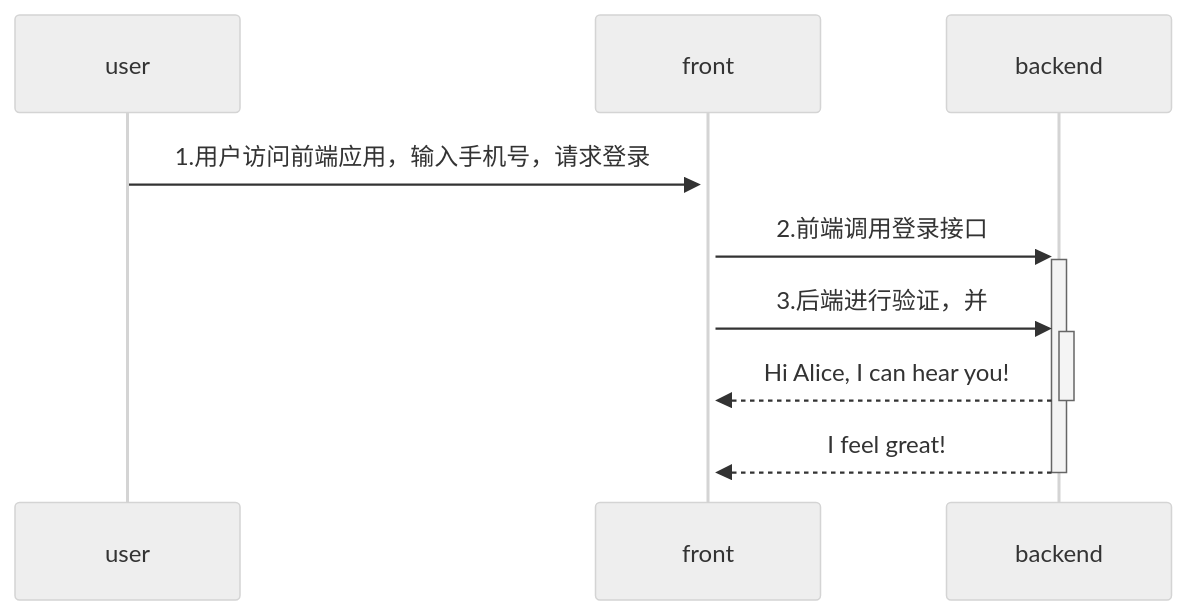
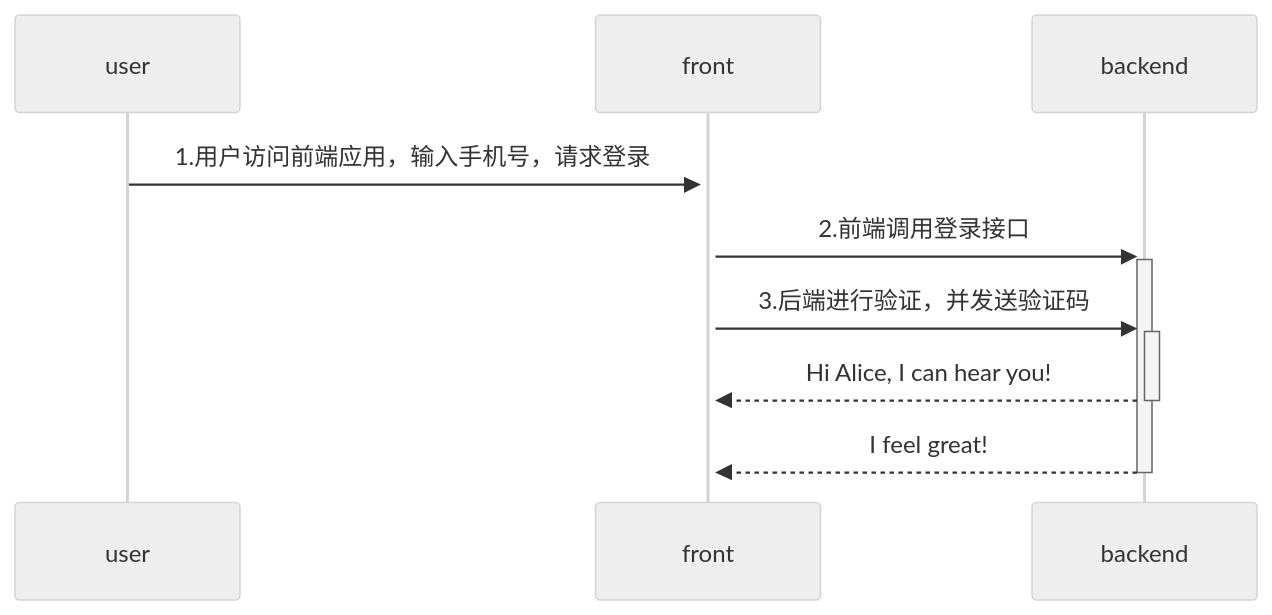
The diagram in all/未命名-4.md (yingjianzh/iodraw-files), drawn with Mermaid (neutral theme) before and after one commit.

Commit message:
2024-08-02 17:37:08 update

````diff
--- a/all/未命名-4.md
+++ b/all/未命名-4.md
@@ -1,9 +1,9 @@
 ```mermaid
 sequenceDiagram
     user->>+front: 1.用户访问前端应用，输入手机号，请求登录
     front->>+backend: 2.前端调用登录接口
-    front->>+backend: 3.后端进行验证，并
+    front->>+backend: 3.后端进行验证，并发送验证码
     backend-->>-front: Hi Alice, I can hear you!
     backend-->>-front: I feel great!
             
 ```
````
